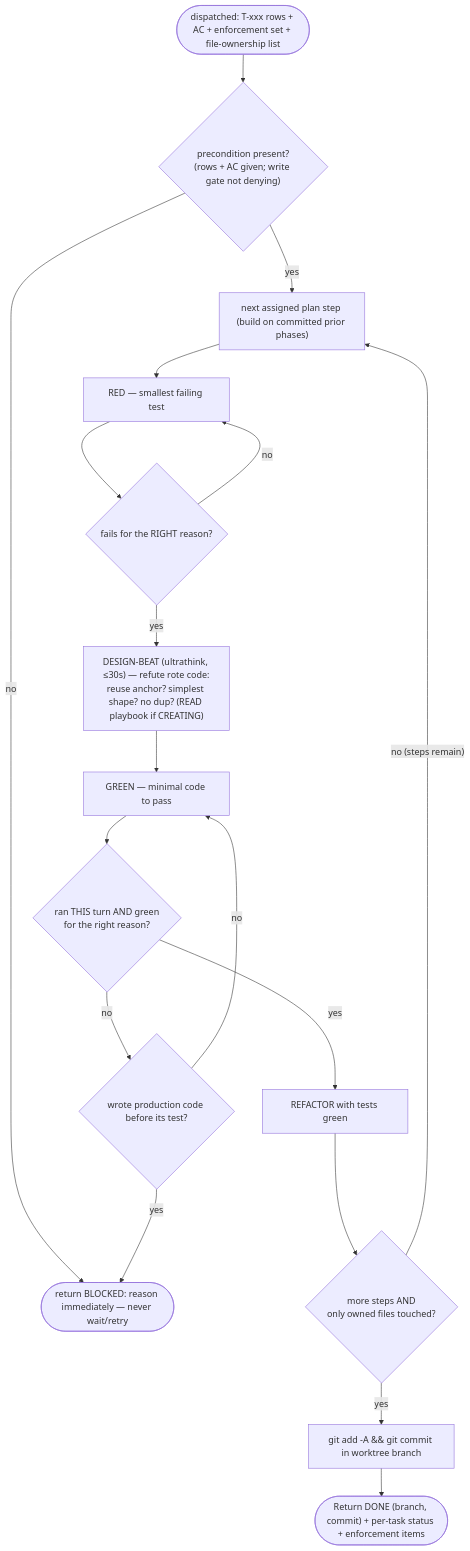
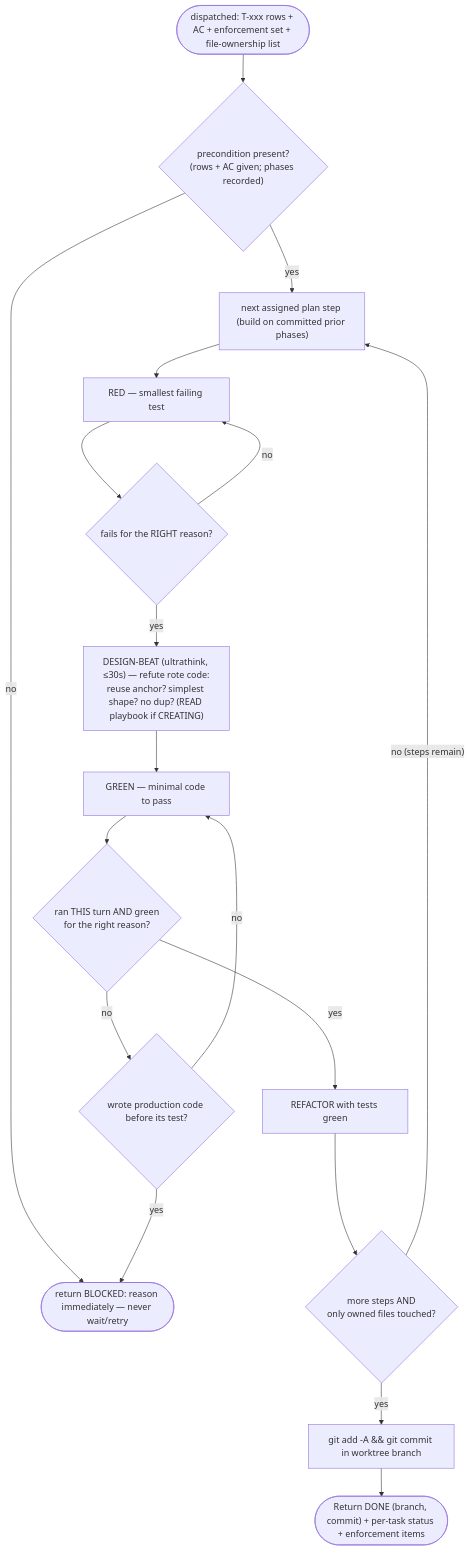
One commit to taipt1504/claudehut changed the diagram in agents/claudehut-implementer.md. Above: the diagram before and after it, drawn with Mermaid. The commit also changed other lines of this file and 75 other files, not shown here.

````diff
--- a/agents/claudehut-implementer.md
+++ b/agents/claudehut-implementer.md
@@ -30,20 +30,20 @@
 ```mermaid
 flowchart TB
-    a(["dispatched: T-xxx rows + AC + enforcement set + file-ownership list"]) --> pre{"precondition present?<br/>(rows + AC given; write gate not denying)"}
+    a(["dispatched: T-xxx rows + AC + enforcement set + file-ownership list"]) --> pre{"precondition present?<br/>(rows + AC given; phases recorded)"}
     pre -- "no" --> blk(["return BLOCKED: reason immediately — never wait/retry"])
     pre -- "yes" --> step["next assigned plan step (build on committed prior phases)"]
     step --> red["RED — smallest failing test"]
     red --> rr{"fails for the RIGHT reason?"}
     rr -- "no" --> red
     rr -- "yes" --> beat["DESIGN-BEAT (ultrathink, ≤30s) — refute rote code:<br/>reuse anchor? simplest shape? no dup? (READ playbook if CREATING)"]
     beat --> green["GREEN — minimal code to pass"]
     green --> ev{"ran THIS turn AND green<br/>for the right reason?"}
     ev -- "no" --> iron{"wrote production code before its test?"}
     iron -- "yes" --> blk
     iron -- "no" --> green
     ev -- "yes" --> refac["REFACTOR with tests green"]
     refac --> more{"more steps AND<br/>only owned files touched?"}
     more -- "no (steps remain)" --> step
     more -- "yes" --> commit["git add -A && git commit in worktree branch"]
     commit --> out(["Return DONE (branch, commit) + per-task status + enforcement items"])
 ```
````
